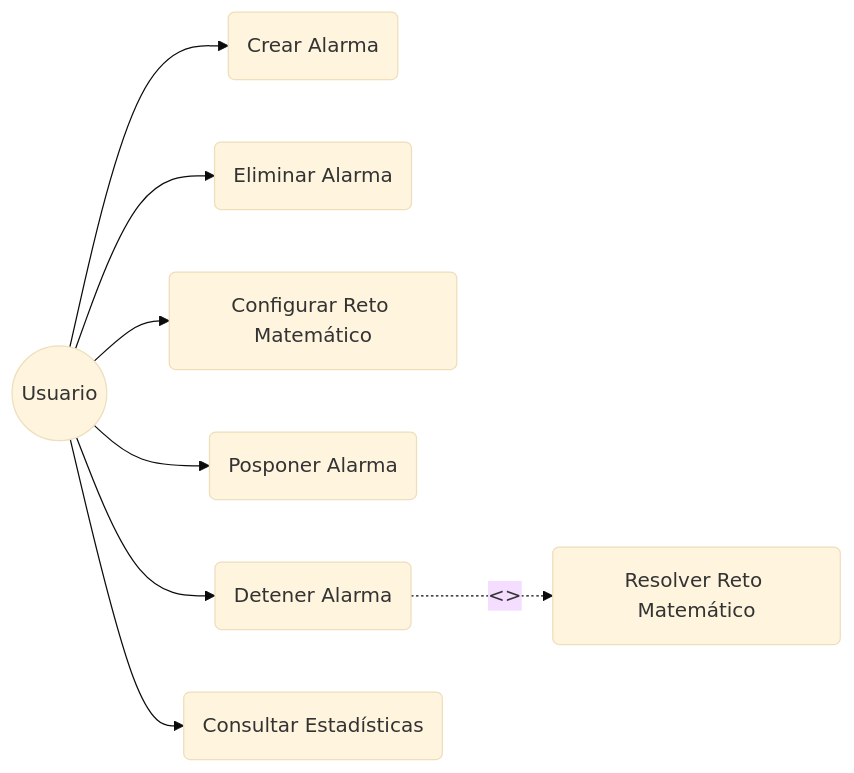
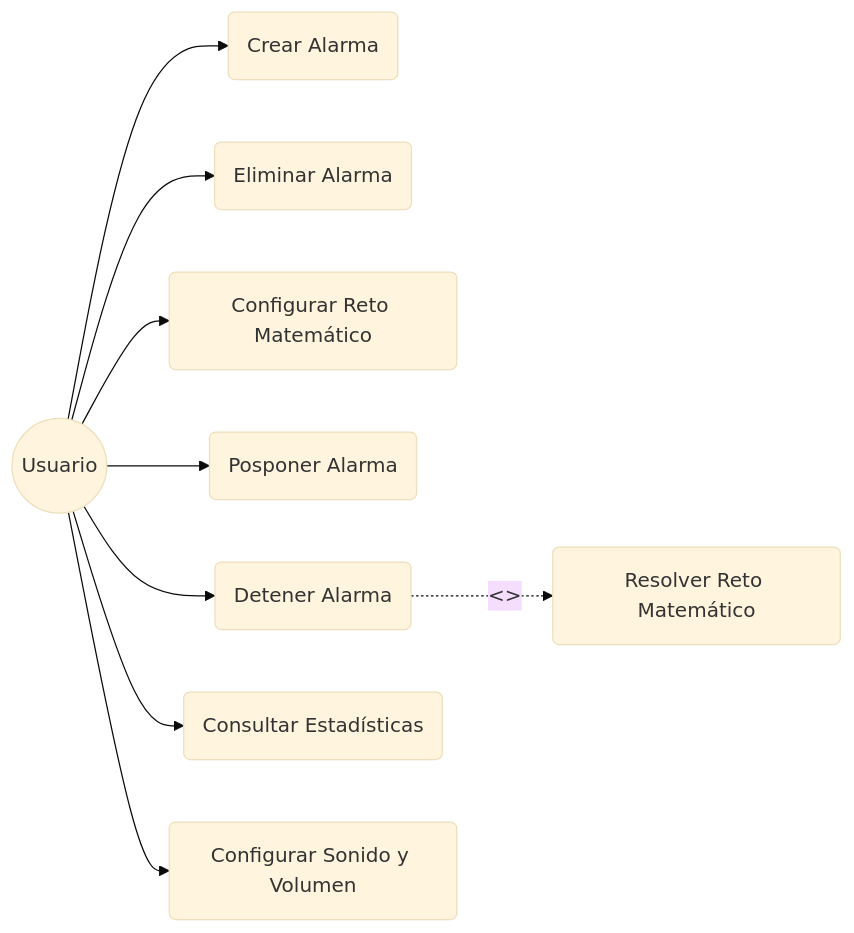
Before and after one commit to adrianenglish2021-oss/TrabajoFinalEntornos: the second of 2 diagrams in README.md, drawn with Mermaid (base theme). The commit also changed other lines of this file, not shown here.

Commit message:
docs: actualizar diagrama de casos de uso con sonido y volumen

````diff
--- a/README.md
+++ b/README.md
@@ -94,21 +94,23 @@
 ```mermaid
 graph LR
     U((Usuario))
     
     A(Crear Alarma)
     B(Eliminar Alarma)
     C(Configurar Reto Matemático)
     D(Posponer Alarma)
     E(Detener Alarma)
     F(Consultar Estadísticas)
     G(Resolver Reto Matemático)
+    H(Configurar Sonido y Volumen)
 
     U --> A
     U --> B
     U --> C
     U --> D
     U --> E
     U --> F
+    U --> H
 
     E -.->|<<extend>>| G
 ```
````
